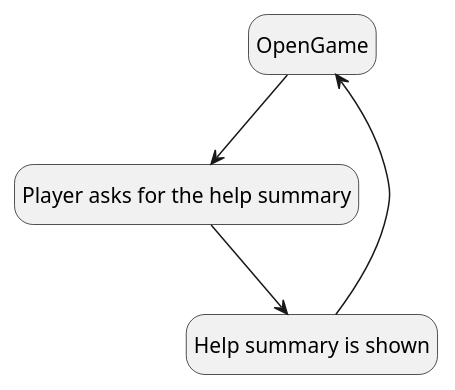
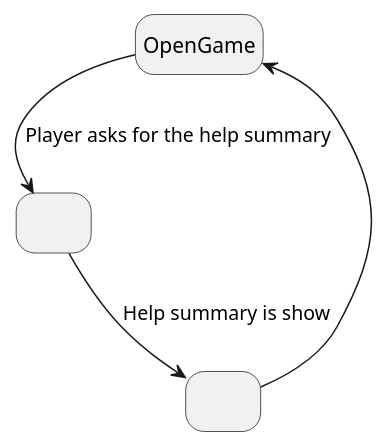
The diagram in docs/useCaseView/RequestHelpSummary.plantuml (Sertinell/klondike), drawn with PlantUML before and after one commit.

```diff
--- a/docs/useCaseView/RequestHelpSummary.plantuml
+++ b/docs/useCaseView/RequestHelpSummary.plantuml
@@ -1,8 +1,8 @@
 @startuml Player Request Help Summary
 hide empty description 
-state "Player asks for the help summary" as 1
-state "Help summary is shown" as 2
-OpenGame -down-> 1
-1 --> 2
+state " " as 1
+state " " as 2
+OpenGame -down-> 1: Player asks for the help summary
+1 --> 2: Help summary is show
 2-up-> OpenGame
 @enduml
```
